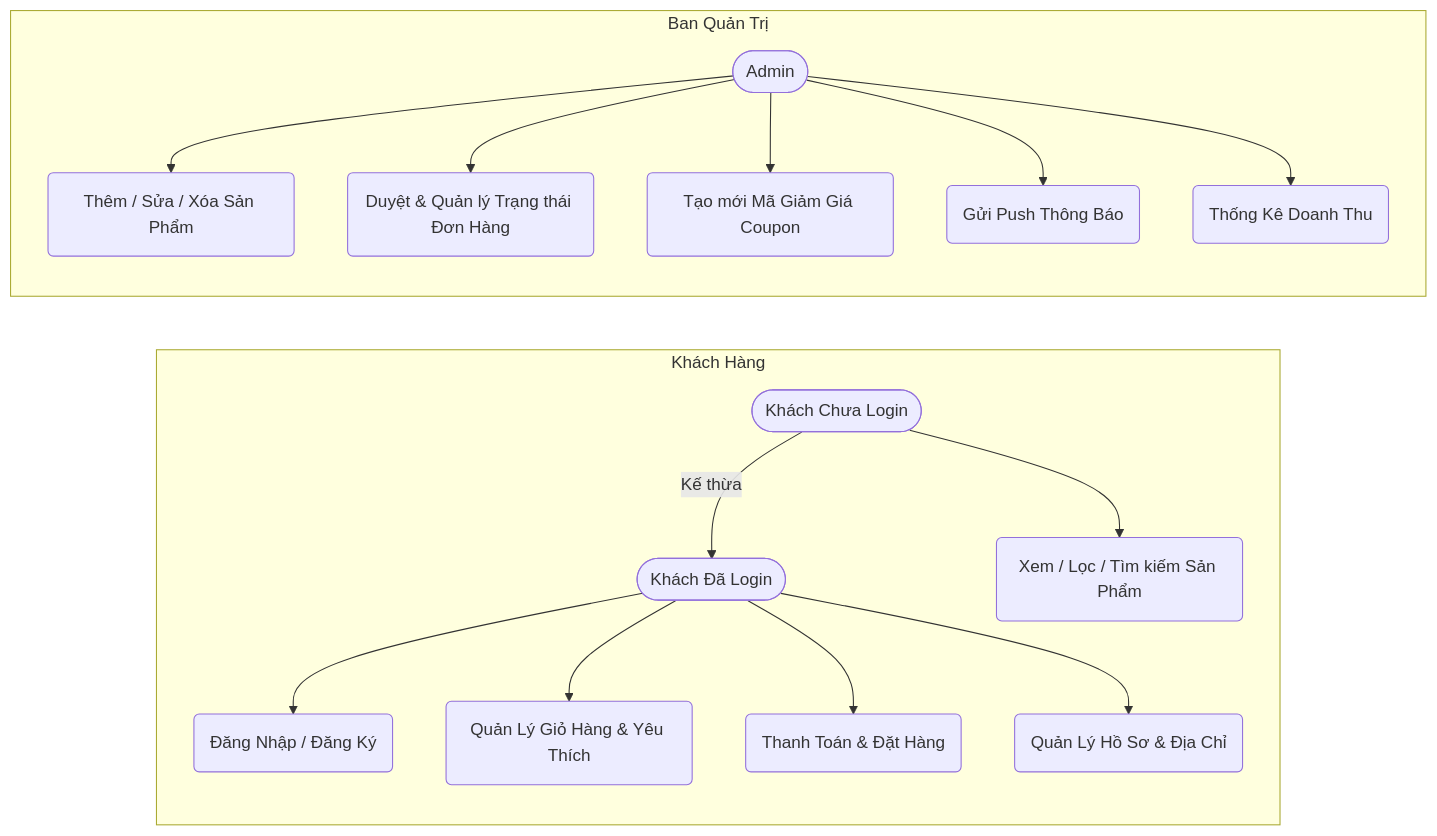
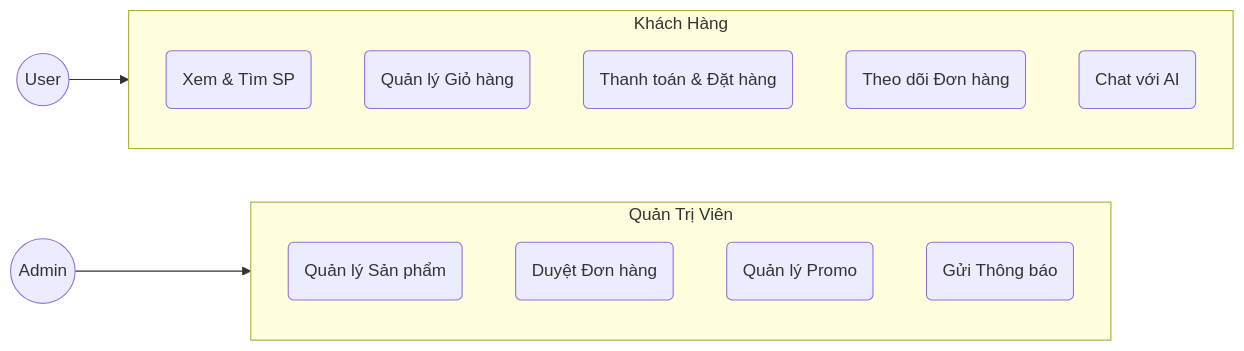
Before and after one commit to dungcodedao/EasyShop: the first of 3 diagrams in README.md, drawn with Mermaid. The commit also changed other lines of this file, not shown here.

````diff
--- a/README.md
+++ b/README.md
@@ -25,26 +33,20 @@
 ```mermaid
-flowchart LR
-    %% Không gian Khách Hàng
-    subgraph Khách Hàng
-        KhachChuaLogin([Khách Chưa Login])
-        KhachDaLogin([Khách Đã Login])
-        
-        KhachChuaLogin -->|Kế thừa| KhachDaLogin
-        
-        KhachChuaLogin --> UC1(Xem / Lọc / Tìm kiếm Sản Phẩm)
-        KhachDaLogin --> UC2(Đăng Nhập / Đăng Ký)
-        KhachDaLogin --> UC3(Quản Lý Giỏ Hàng & Yêu Thích)
-        KhachDaLogin --> UC4(Thanh Toán & Đặt Hàng)
-        KhachDaLogin --> UC5(Quản Lý Hồ Sơ & Địa Chỉ)
+graph LR
+    subgraph Users ["Khách Hàng"]
+        UC1(Xem & Tìm SP)
+        UC2(Quản lý Giỏ hàng)
+        UC3(Thanh toán & Đặt hàng)
+        UC4(Theo dõi Đơn hàng)
+        UC5(Chat với AI)
     end
-
-    %% Không gian Ban Quản Trị
-    subgraph Ban Quản Trị
-        Admin([Admin])
-        Admin --> UC6(Thêm / Sửa / Xóa Sản Phẩm)
-        Admin --> UC7(Duyệt & Quản lý Trạng thái Đơn Hàng)
-        Admin --> UC8(Tạo mới Mã Giảm Giá Coupon)
-        Admin --> UC9(Gửi Push Thông Báo)
-        Admin --> UC10(Thống Kê Doanh Thu)
+    
+    subgraph Admins ["Quản Trị Viên"]
+        UC6(Quản lý Sản phẩm)
+        UC7(Duyệt Đơn hàng)
+        UC8(Quản lý Promo)
+        UC9(Gửi Thông báo)
     end
+    
+    User((User)) --> Users
+    Admin((Admin)) --> Admins
 ```
````
